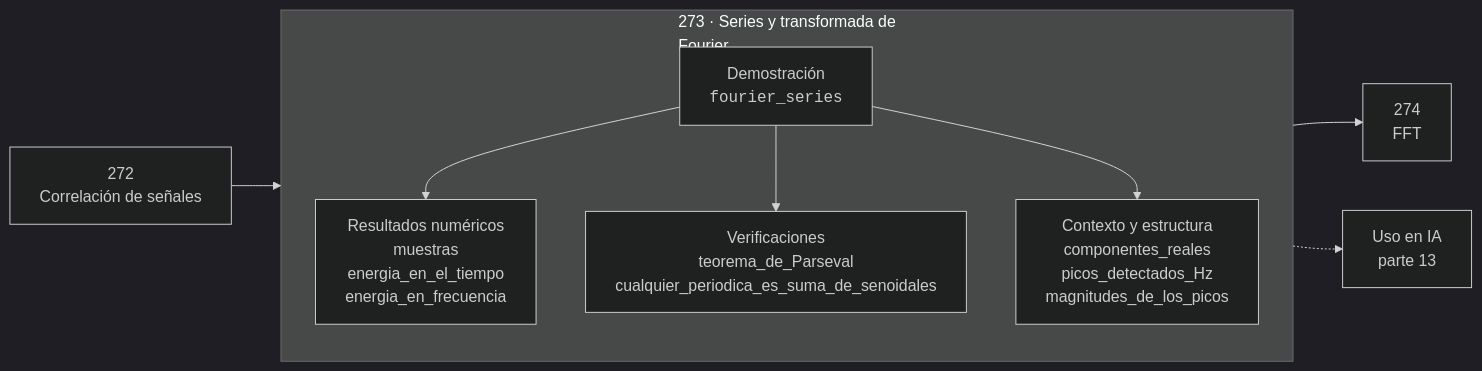
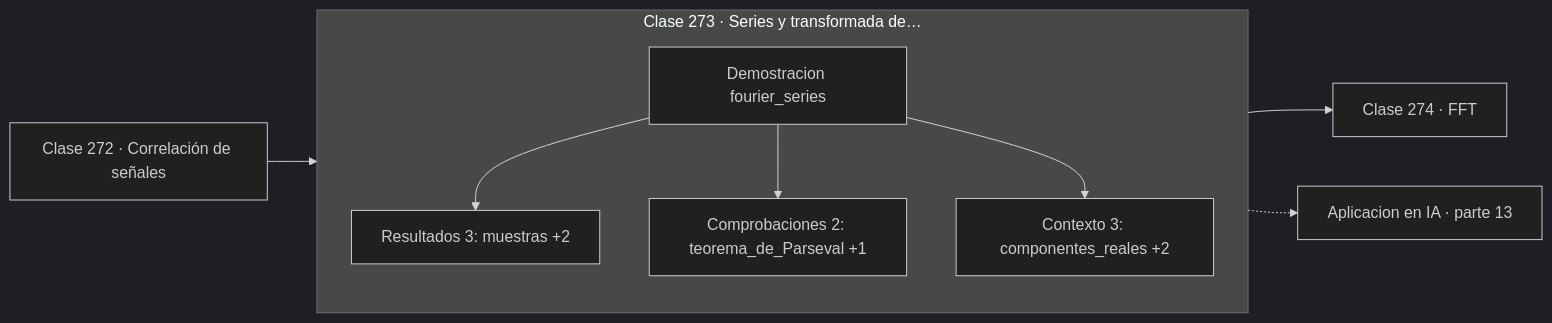
Before and after one commit to vladimiracunadev-create/computational-mathematics-program: the diagram in classes/part-13-teoria-de-la-informacion-senales-y-series/273-series-y-transformada-de-fourier/README.md, drawn with Mermaid (dark theme). The commit also changed 389 other files, not shown here.

First line of the commit message:
fix(diagramas): elimina el HTML de las etiquetas Mermaid

````diff
--- a/classes/part-13-teoria-de-la-informacion-senales-y-series/273-series-y-transformada-de-fourier/README.md
+++ b/classes/part-13-teoria-de-la-informacion-senales-y-series/273-series-y-transformada-de-fourier/README.md
@@ -30,12 +30,13 @@
 ```mermaid
 flowchart LR
-    P["272<br/>Correlación de señales"] --> C
-    subgraph C["273 · Series y transformada de<br/>Fourier"]
+    P["Clase 272 · Correlación de señales"] --> D
+    subgraph CLASE["Clase 273 · Series y transformada de…"]
         direction TB
-        D["Demostración<br/><code>fourier_series</code>"] --> R["Resultados numéricos<br/>muestras<br/>energia_en_el_tiempo<br/>energia_en_frecuencia"]
-        D --> V["Verificaciones<br/>teorema_de_Parseval<br/>cualquier_periodica_es_suma_de_senoidales"]
-        D --> O["Contexto y estructura<br/>componentes_reales<br/>picos_detectados_Hz<br/>magnitudes_de_los_picos"]
+        D["Demostracion fourier_series"]
+        D --> R["Resultados 3: muestras +2"]
+        D --> V["Comprobaciones 2: teorema_de_Parseval +1"]
+        D --> O["Contexto 3: componentes_reales +2"]
     end
-    C --> N["274<br/>FFT"]
-    C -.-> IA["Uso en IA<br/>parte 13"]
+    R --> N["Clase 274 · FFT"]
+    V -.-> IA["Aplicacion en IA · parte 13"]
 ```
````
